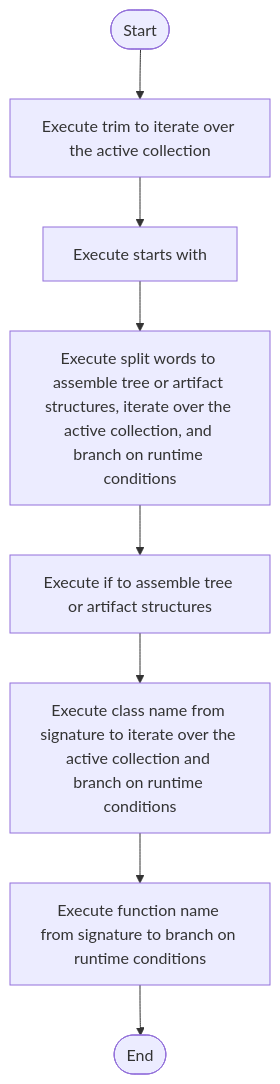
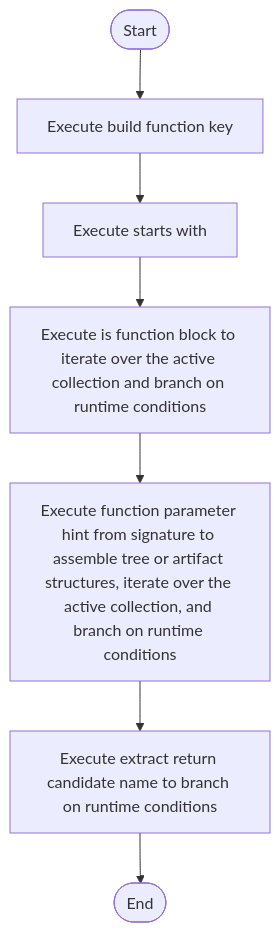
The diagram in docs/Codebase/Microservice/Modules/Source/SyntacticBrokenAST/ParseTree/symbols_utils.cpp.md (JohnAndrewBalbarosa/NeoTerritory), drawn with Mermaid before and after one commit. The commit also changed 148 other files, not shown here.

````diff
--- a/docs/Codebase/Microservice/Modules/Source/SyntacticBrokenAST/ParseTree/symbols_utils.cpp.md
+++ b/docs/Codebase/Microservice/Modules/Source/SyntacticBrokenAST/ParseTree/symbols_utils.cpp.md
@@ -34,18 +34,16 @@
 ```mermaid
 flowchart TD
     Start([Start])
-    N0[Execute trim to iterate over the active collection]
+    N0[Execute build function key]
     N1[Execute starts with]
-    N2[Execute split words to assemble tree or artifact structures, iterate over the active collection, and branch on runtime conditions]
-    N3[Execute if to assemble tree or artifact structures]
-    N4[Execute class name from signature to iterate over the active collection and branch on runtime conditions]
-    N5[Execute function name from signature to branch on runtime conditions]
+    N2[Execute is function block to iterate over the active collection and branch on runtime conditions]
+    N3[Execute function parameter hint from signature to assemble tree or artifact structures, iterate over the active collection, and branch on runtime conditions]
+    N4[Execute extract return candidate name to branch on runtime conditions]
     End([End])
     Start --> N0
     N0 --> N1
     N1 --> N2
     N2 --> N3
     N3 --> N4
-    N4 --> N5
-    N5 --> End
+    N4 --> End
 ```
````
